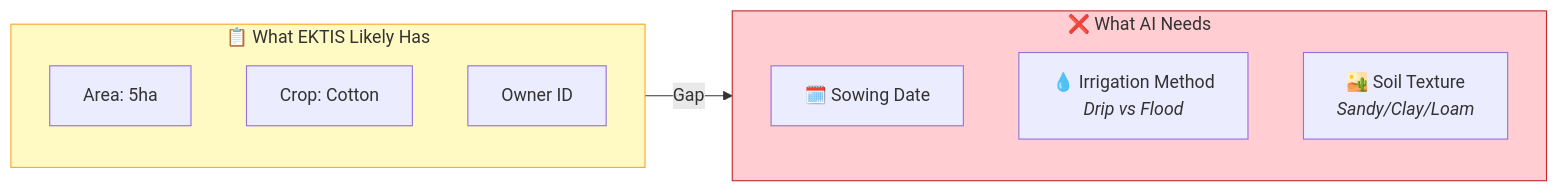
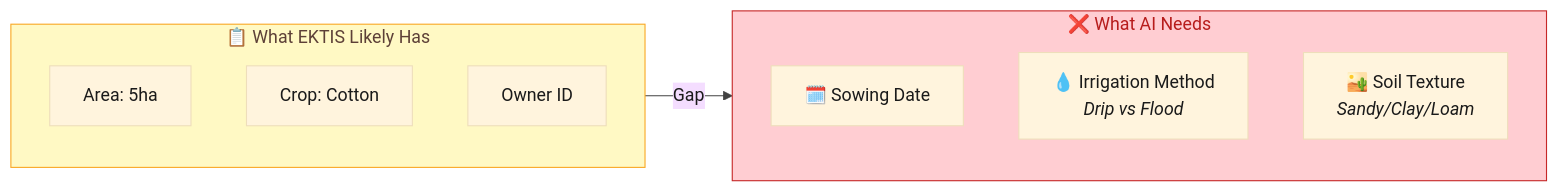
The fourth of 9 diagrams in docs/zekalab/02-GAP-ANALYSIS.md (Px8Studio/yonja), drawn with Mermaid before and after one commit. The commit also changed other lines of this file and 2 other files, not shown here.

Commit message:
Refine styling in architecture diagrams for improved clarity and consistency

````diff
--- a/docs/zekalab/02-GAP-ANALYSIS.md
+++ b/docs/zekalab/02-GAP-ANALYSIS.md
@@ -104,19 +106,20 @@
 ```mermaid
+%%{init: {'theme': 'base', 'themeVariables': { 'primaryTextColor': '#1a1a1a', 'lineColor': '#424242'}}}%%
 flowchart LR
     subgraph current["📋 What EKTIS Likely Has"]
         area["Area: 5ha"]
         crop["Crop: Cotton"]
         owner["Owner ID"]
     end
     
     subgraph missing["❌ What AI Needs"]
         date["🗓️ Sowing Date"]
         irrigation["💧 Irrigation Method<br/><i>Drip vs Flood</i>"]
         soil["🏜️ Soil Texture<br/><i>Sandy/Clay/Loam</i>"]
     end
     
     current -->|"Gap"| missing
     
-    style current fill:#fff9c4,stroke:#f9a825
-    style missing fill:#ffcdd2,stroke:#c62828
+    style current fill:#fff9c4,stroke:#f9a825,color:#5d4037
+    style missing fill:#ffcdd2,stroke:#c62828,color:#b71c1c
 ```
````
